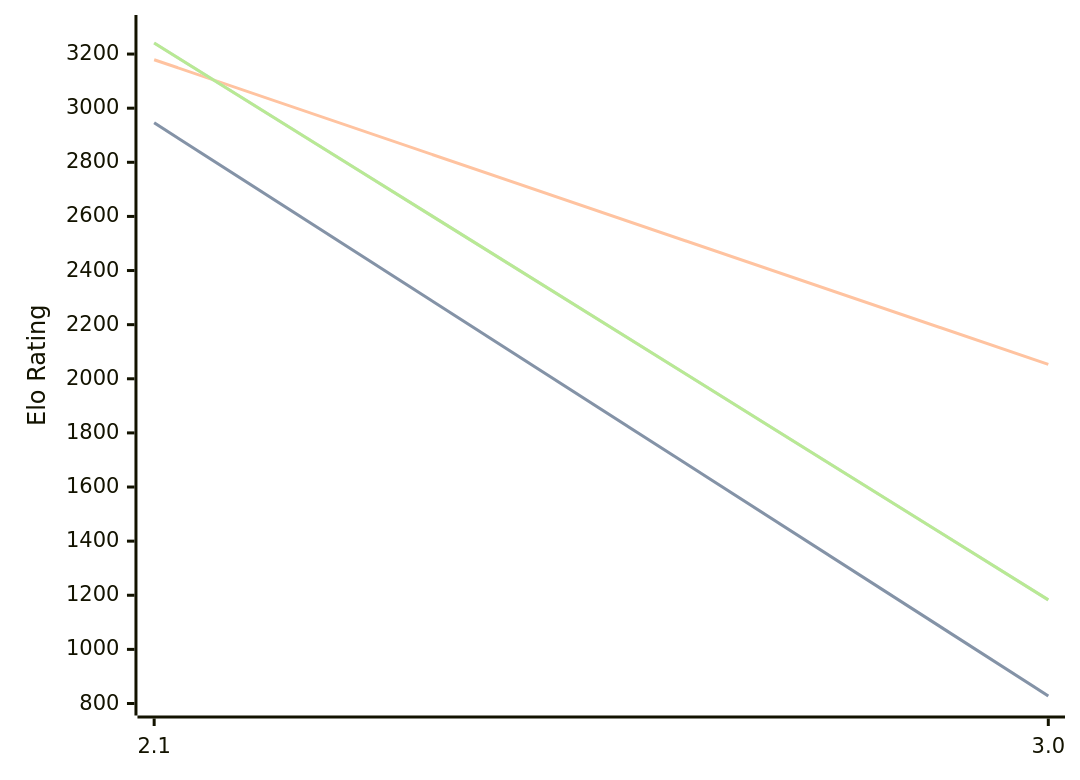
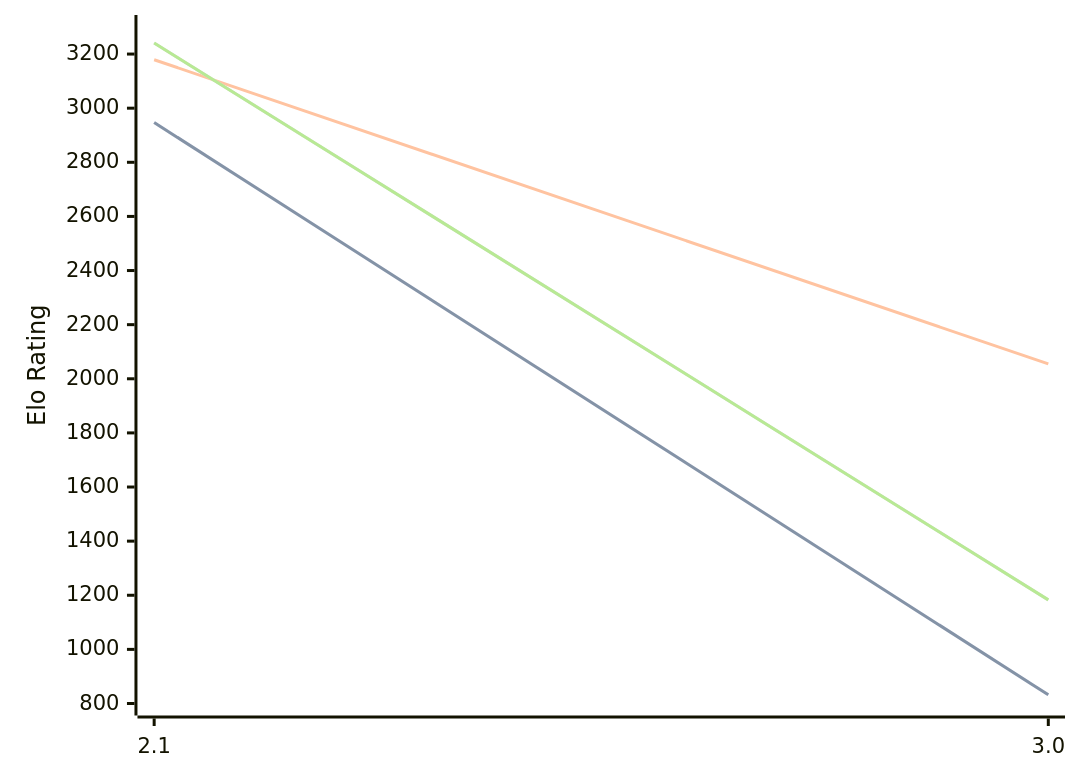
The diagram in engines/Quirky.md (computer-chess-index/cci), drawn with Mermaid before and after one commit. The commit also changed other lines of this file, not shown here.

````diff
--- a/engines/Quirky.md
+++ b/engines/Quirky.md
@@ -32,11 +32,11 @@
 ```mermaid
 %%{init: {"theme":"base","themeVariables":{"seriesColors:['#a3a3a3','#222221','#faa371']}}}%%
 xychart-beta
   x-axis ["2.1", "3.0"]
   y-axis "Elo Rating" 800 --> 3300
-  line "STC (8.0+0.08s)" [2946, 828]
-  line "STC (8.0+0.08s)" [2946, 828]
-  line "LTC (60.0+0.60s)" [3179, 2053]
+  line "STC (8.0+0.08s)" [2947, 832]
+  line "STC (8.0+0.08s)" [2947, 832]
+  line "LTC (60.0+0.60s)" [3179, 2055]
   line "VLTC (2m24s+1.12s)" [3241, 1183]
   line "VLTC (2m24s+1.12s)" [3241, 1183]
 ```
````
